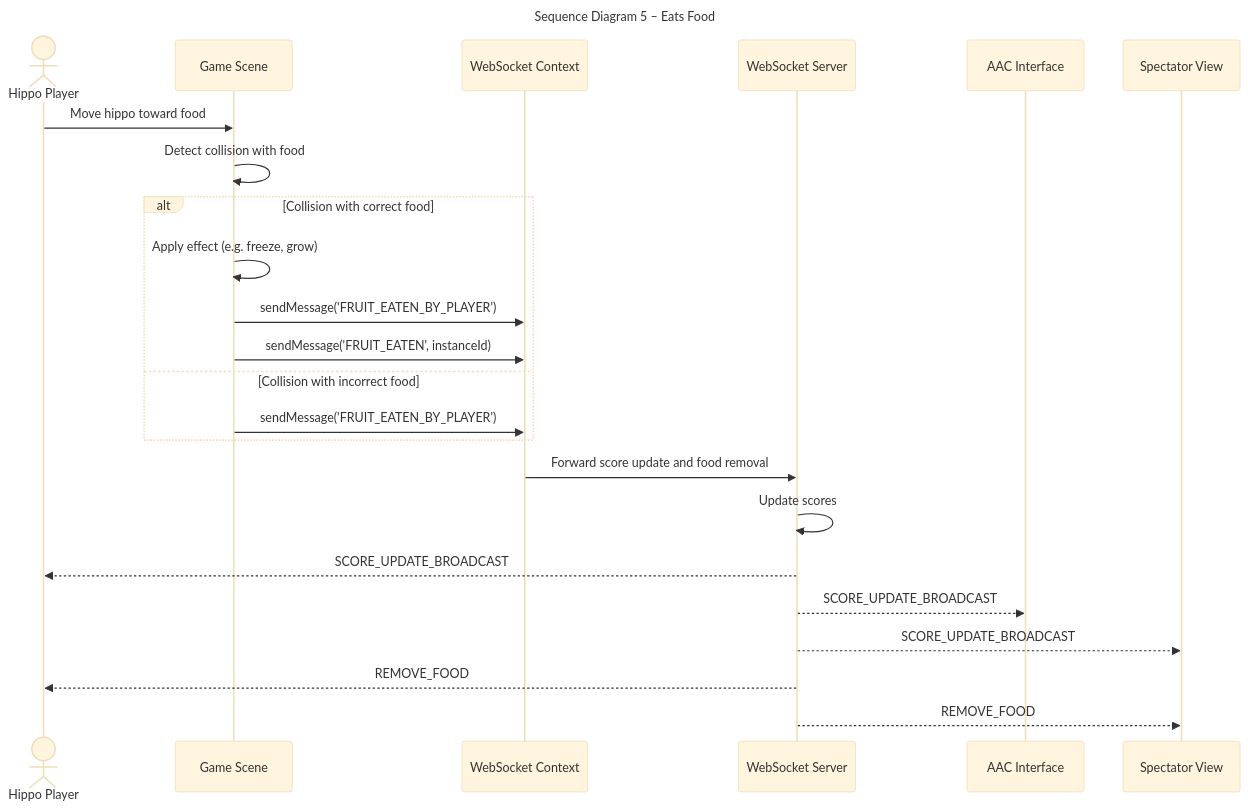
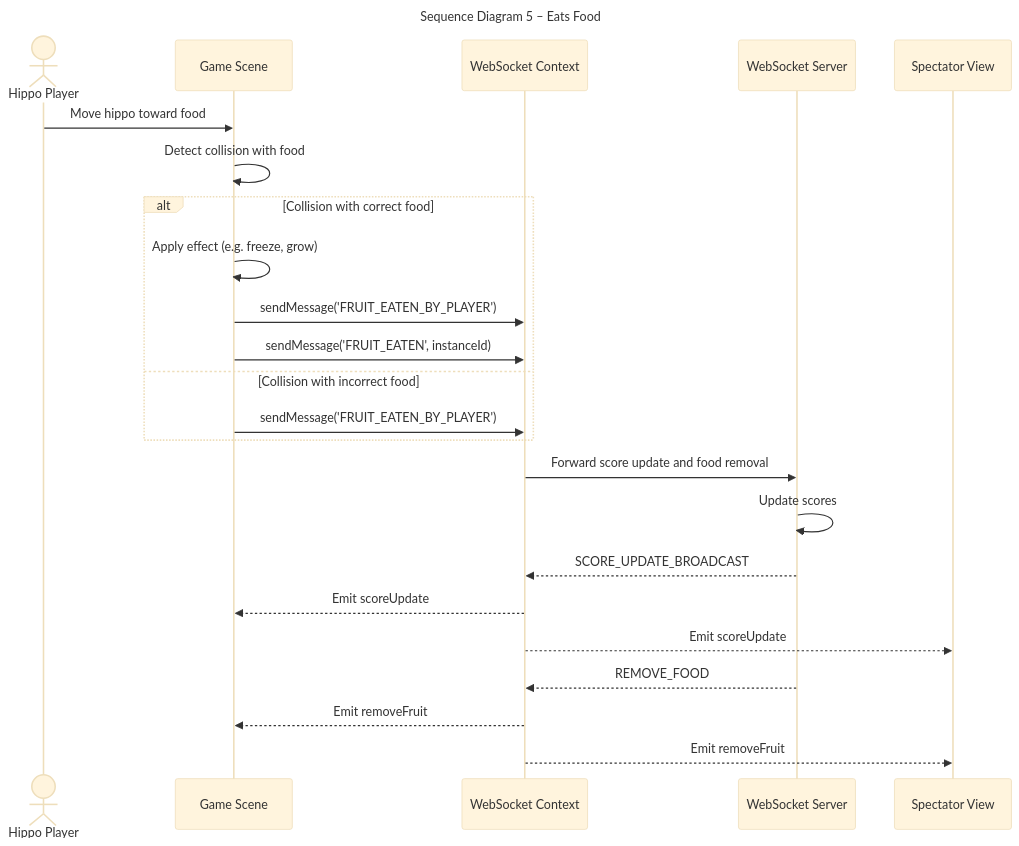
The fifth of 7 diagrams in documentation/docs/system-architecture/sequence-diagrams.md (tug74295/project-acc-hungry-hippos), drawn with Mermaid (base theme) before and after one commit. The commit also changed other lines of this file, not shown here.

Commit message:
Fixed sequence diagram 4 and 5 to be more specific

````diff
--- a/documentation/docs/system-architecture/sequence-diagrams.md
+++ b/documentation/docs/system-architecture/sequence-diagrams.md
@@ -189,36 +189,35 @@
 ```mermaid
 ---
 title: Sequence Diagram 5 – Eats Food
 ---
 
 sequenceDiagram
     actor Hippo_Player as Hippo Player
     participant Phaser_Scene as Game Scene
     participant WebSocket_Client as WebSocket Context
     participant WebSocket_Server as WebSocket Server
-    participant AAC_Interface as AAC Interface
     participant Spectator_UI as Spectator View
 
     Hippo_Player->>Phaser_Scene: Move hippo toward food
     Phaser_Scene->>Phaser_Scene: Detect collision with food
 
     alt Collision with correct food
         Phaser_Scene->>Phaser_Scene: Apply effect (e.g. freeze, grow)
         Phaser_Scene->>WebSocket_Client: sendMessage('FRUIT_EATEN_BY_PLAYER')
         Phaser_Scene->>WebSocket_Client: sendMessage('FRUIT_EATEN', instanceId)
     else Collision with incorrect food
         Phaser_Scene->>WebSocket_Client: sendMessage('FRUIT_EATEN_BY_PLAYER')
     end
 
     WebSocket_Client->>WebSocket_Server: Forward score update and food removal
-
     WebSocket_Server->>WebSocket_Server: Update scores
 
-    WebSocket_Server-->>Hippo_Player: SCORE_UPDATE_BROADCAST
-    WebSocket_Server-->>AAC_Interface: SCORE_UPDATE_BROADCAST
-    WebSocket_Server-->>Spectator_UI: SCORE_UPDATE_BROADCAST
+    WebSocket_Server-->>WebSocket_Client: SCORE_UPDATE_BROADCAST
+    WebSocket_Client-->>Phaser_Scene: Emit scoreUpdate
+    WebSocket_Client-->>Spectator_UI: Emit scoreUpdate
 
-    WebSocket_Server-->>Hippo_Player: REMOVE_FOOD
-    WebSocket_Server-->>Spectator_UI: REMOVE_FOOD
+    WebSocket_Server-->>WebSocket_Client: REMOVE_FOOD
+    WebSocket_Client-->>Phaser_Scene: Emit removeFruit
+    WebSocket_Client-->>Spectator_UI: Emit removeFruit
 
 ```
````
